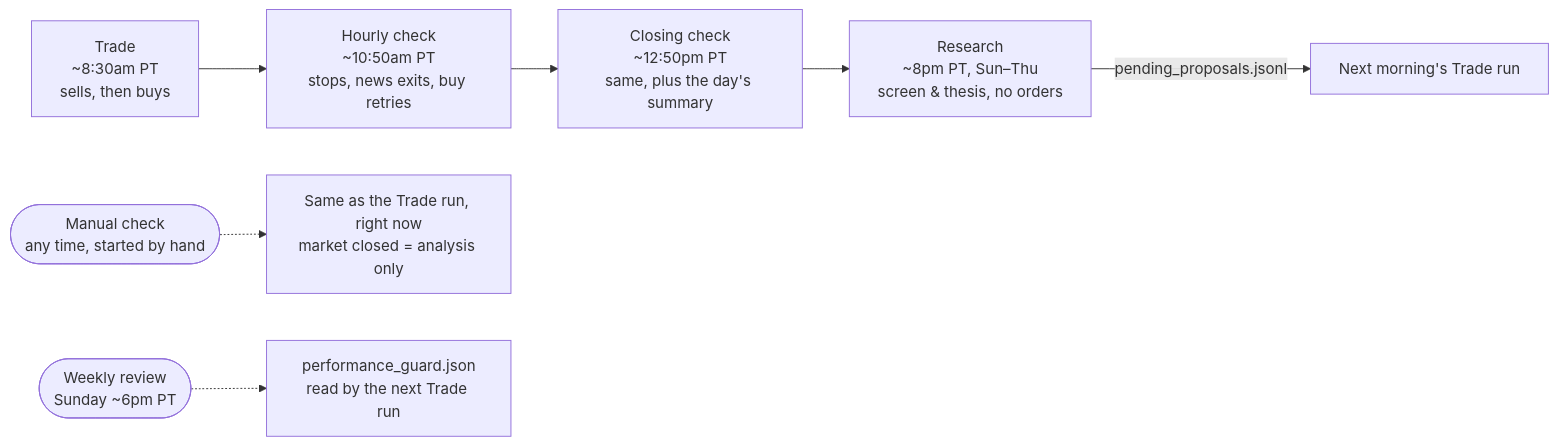
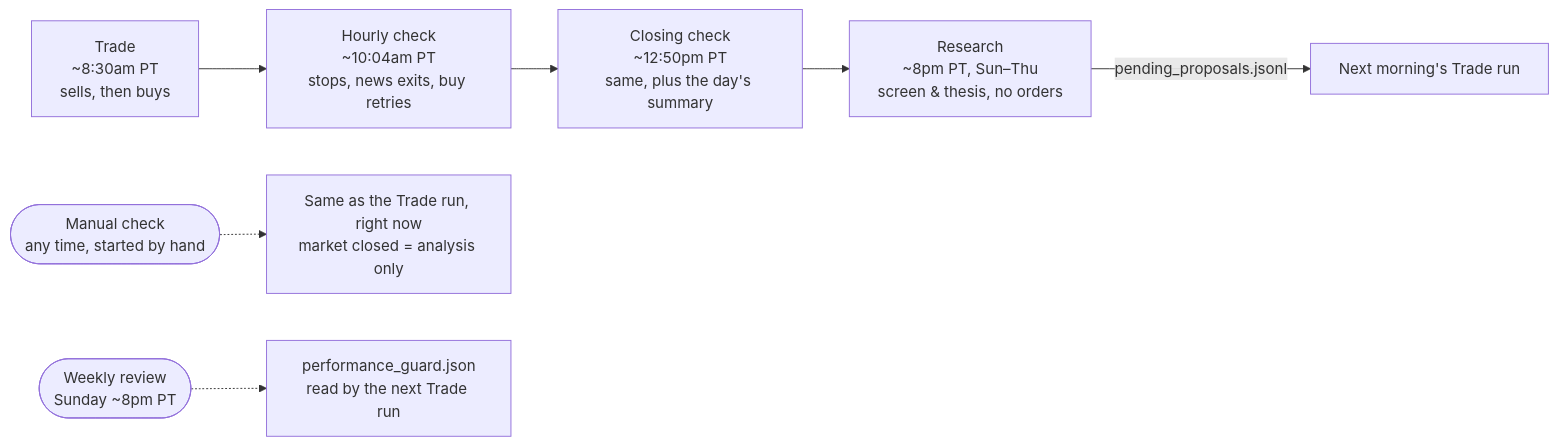
The first of 3 diagrams in README.md (HarryXiong24/agentic-trader), drawn with Mermaid before and after one commit. The commit also changed other lines of this file and 3 other files, not shown here.

First line of the commit message:
Docs: hourly check ~10:04am, weekly review Sunday ~8pm PT

````diff
--- a/README.md
+++ b/README.md
@@ -156,9 +156,9 @@
 ```mermaid
 flowchart LR
-    B["Trade<br/>~8:30am PT<br/>sells, then buys"] --> HC["Hourly check<br/>~10:50am PT<br/>stops, news exits, buy retries"]
+    B["Trade<br/>~8:30am PT<br/>sells, then buys"] --> HC["Hourly check<br/>~10:04am PT<br/>stops, news exits, buy retries"]
     HC --> C["Closing check<br/>~12:50pm PT<br/>same, plus the day's summary"]
     C --> A["Research<br/>~8pm PT, Sun–Thu<br/>screen & thesis, no orders"]
     A -- "pending_proposals.jsonl" --> B2["Next morning's Trade run"]
     H(["Manual check<br/>any time, started by hand"]) -.-> X["Same as the Trade run, right now<br/>market closed = analysis only"]
-    W(["Weekly review<br/>Sunday ~6pm PT"]) -.-> G["performance_guard.json<br/>read by the next Trade run"]
+    W(["Weekly review<br/>Sunday ~8pm PT"]) -.-> G["performance_guard.json<br/>read by the next Trade run"]
 ```
````
